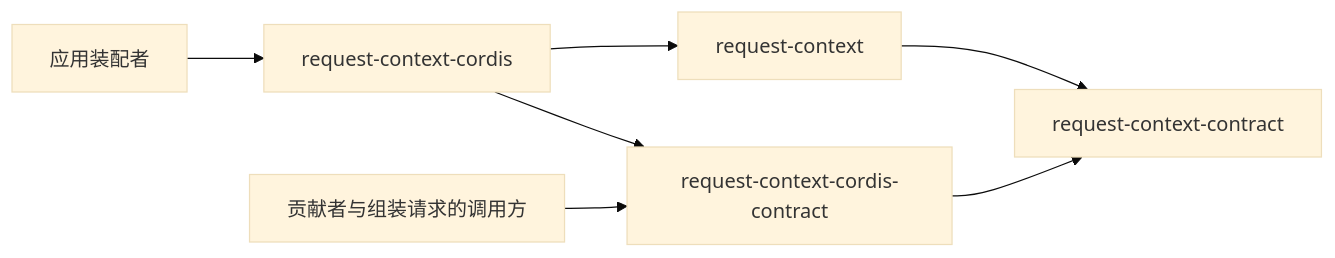
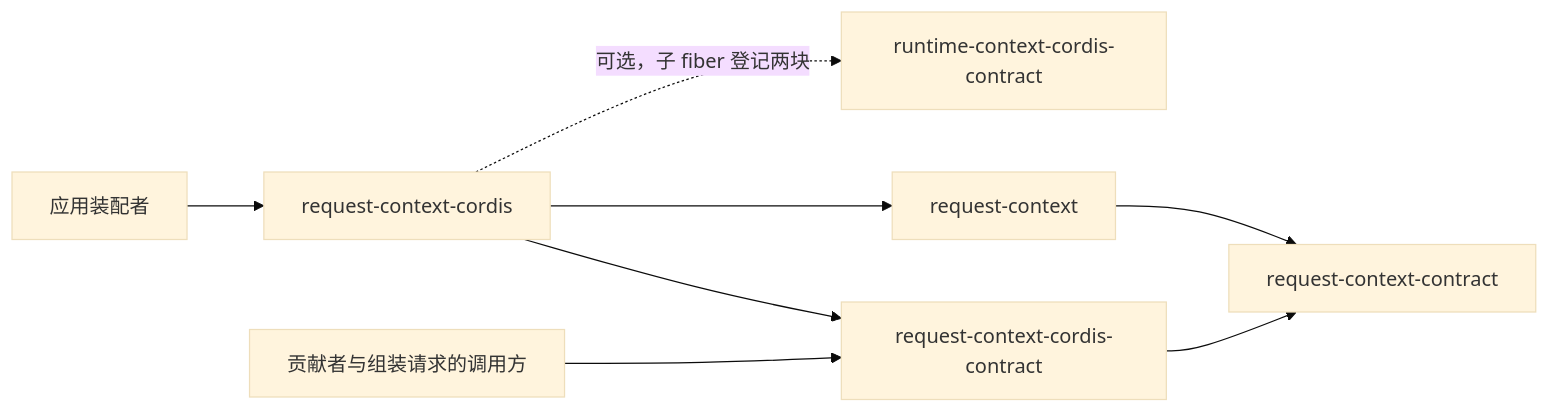
The diagram in packages/context/request-context-cordis/docs/context.md (nemori-ai/omne-harness-lite), drawn with Mermaid (base theme) before and after one commit. The commit also changed other lines of this file and 68 other files, not shown here.

First line of the commit message:
docs(context): 成员选择型评审处置：资格表、提交顺序、块材料归调用方与 Cordis 路径端口

````diff
--- a/packages/context/request-context-cordis/docs/context.md
+++ b/packages/context/request-context-cordis/docs/context.md
@@ -35,10 +35,11 @@
 ```mermaid
 flowchart LR
   RQC[request-context-contract]
   RQD[request-context-cordis-contract] --> RQC
   RQI[request-context] --> RQC
   RQP[request-context-cordis] --> RQD
   RQP --> RQI
+  RQP -.->|可选，子 fiber 登记两块| RCD[runtime-context-cordis-contract]
   App[应用装配者] --> RQP
   Users[贡献者与组装请求的调用方] --> RQD
 ```
````
